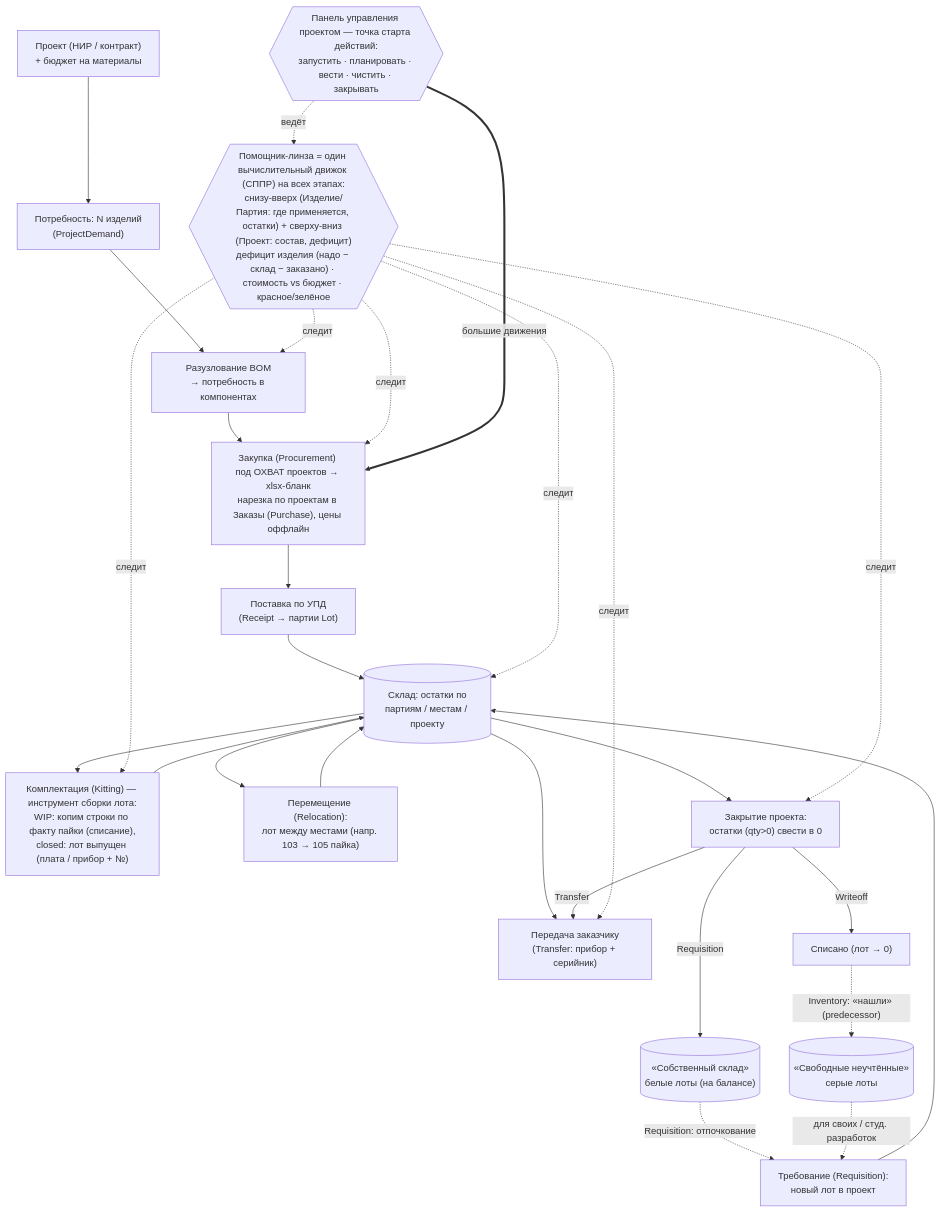
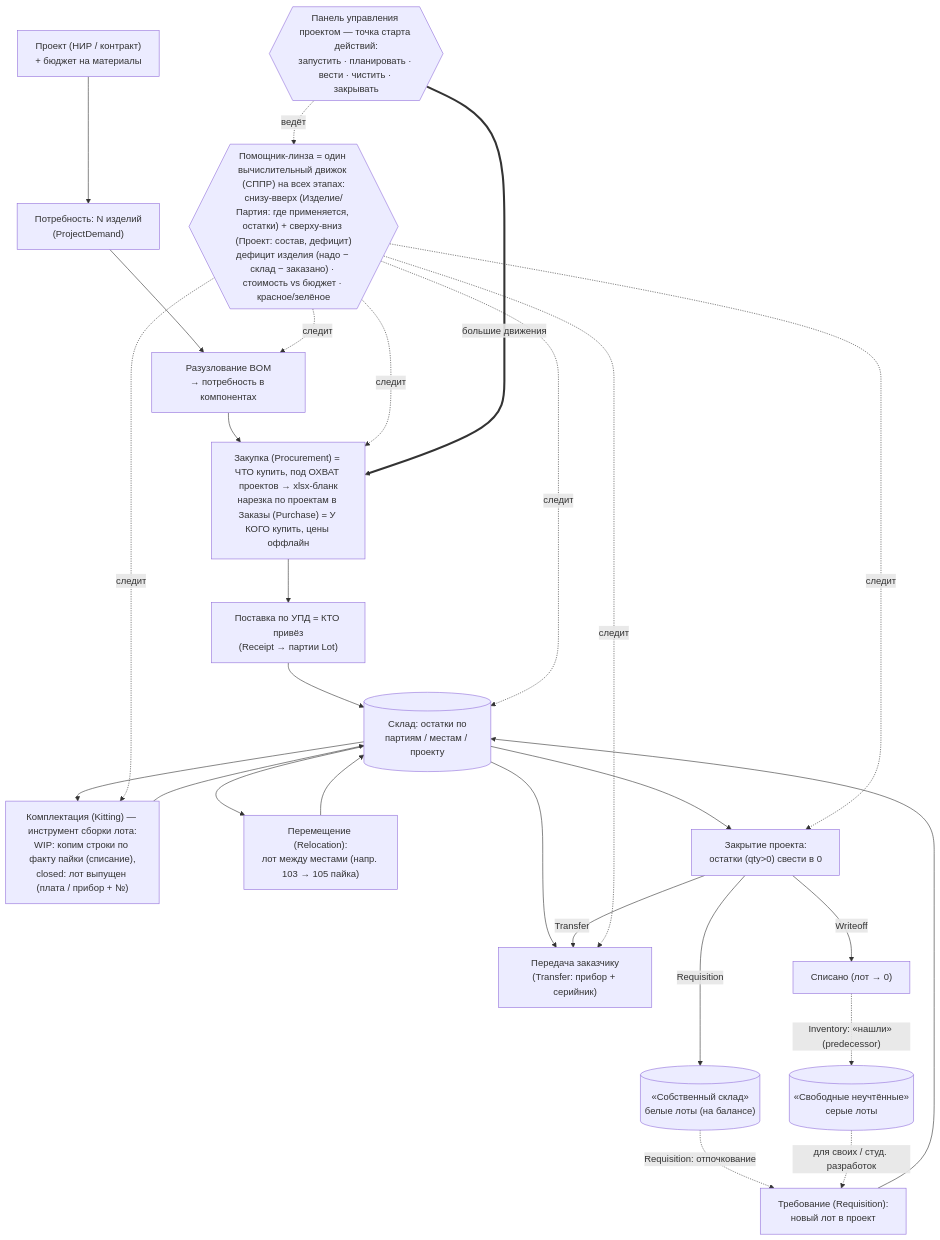
The first of 2 diagrams in README.md (ivanpotylitcyn/plume), drawn with Mermaid before and after one commit. The commit also changed other lines of this file and 21 other files, not shown here.

````diff
--- a/README.md
+++ b/README.md
@@ -103,36 +112,36 @@
 ```mermaid
 flowchart TD
   P["Проект (НИР / контракт)<br/>+ бюджет на материалы"] --> D["Потребность: N изделий<br/>(ProjectDemand)"]
   D --> B["Разузлование BOM<br/>→ потребность в компонентах"]
-  B --> ORD["Закупка (Procurement) под ОХВАТ проектов → xlsx-бланк<br/>нарезка по проектам в Заказы (Purchase), цены оффлайн"]
-  ORD --> UPD["Поставка по УПД<br/>(Receipt → партии Lot)"]
+  B --> ORD["Закупка (Procurement) = ЧТО купить, под ОХВАТ проектов → xlsx-бланк<br/>нарезка по проектам в Заказы (Purchase) = У КОГО купить, цены оффлайн"]
+  ORD --> UPD["Поставка по УПД = КТО привёз<br/>(Receipt → партии Lot)"]
   UPD --> W
 
   W[("Склад: остатки по<br/>партиям / местам / проекту")]
   W --> KIT["Комплектация (Kitting) — инструмент сборки лота:<br/>WIP: копим строки по факту пайки (списание),<br/>closed: лот выпущен (плата / прибор + №)"]
   KIT --> W
   W --> REL["Перемещение (Relocation):<br/>лот между местами (напр. 103 → 105 пайка)"]
   REL --> W
   W --> T["Передача заказчику<br/>(Transfer: прибор + серийник)"]
 
   W --> CLOSE["Закрытие проекта:<br/>остатки (qty>0) свести в 0"]
   CLOSE -->|Transfer| T
   CLOSE -->|Writeoff| WOFF["Списано (лот → 0)"]
   CLOSE -->|Requisition| WHITE[("«Собственный склад»<br/>белые лоты (на балансе)")]
   WOFF -.->|"Inventory: «нашли» (predecessor)"| GRAY[("«Свободные неучтённые»<br/>серые лоты")]
 
   WHITE -.->|"Requisition: отпочкование"| REQ["Требование (Requisition):<br/>новый лот в проект"]
   GRAY -.->|"для своих / студ. разработок"| REQ
   REQ --> W
 
   LENS{{"Помощник-линза = один вычислительный движок (СППР) на всех этапах:<br/>снизу-вверх (Изделие/Партия: где применяется, остатки) + сверху-вниз (Проект: состав, дефицит)<br/>дефицит изделия (надо − склад − заказано) · стоимость vs бюджет · красное/зелёное"}}
   DASH{{"Панель управления проектом — точка старта действий:<br/>запустить · планировать · вести · чистить · закрывать"}}
   LENS -. следит .-> B
   LENS -. следит .-> ORD
   LENS -. следит .-> W
   LENS -. следит .-> KIT
   LENS -. следит .-> T
   LENS -. следит .-> CLOSE
   DASH -. ведёт .-> LENS
   DASH ==>|"большие движения"| ORD
 ```
````
